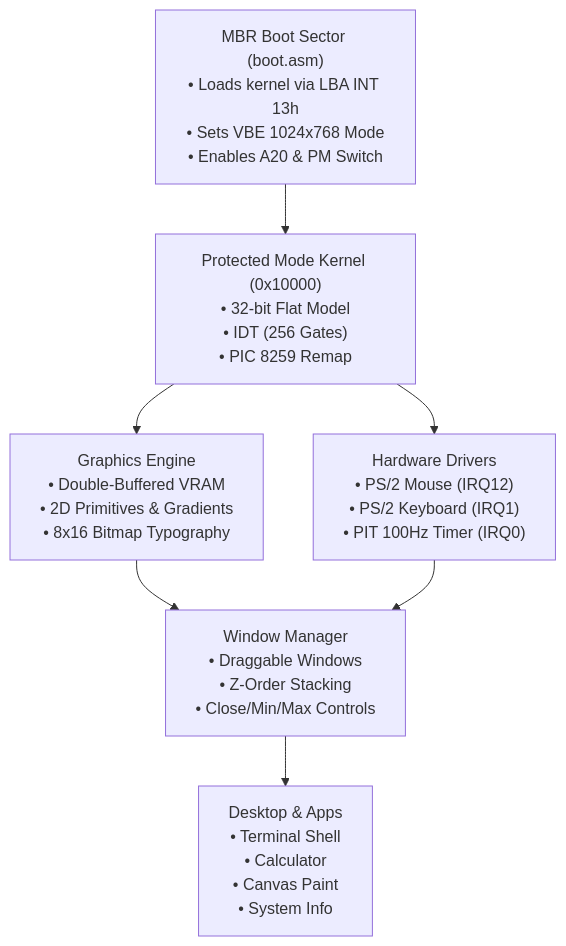
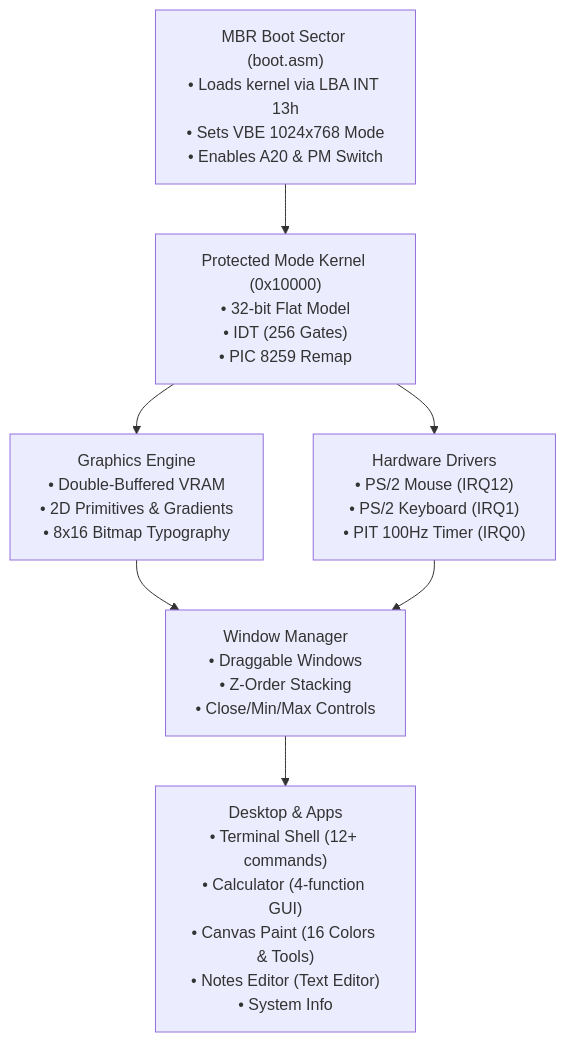
One commit to jaixmario/AURA-OS changed the diagram in README.md. Above: the diagram before and after it, drawn with Mermaid. The commit also changed other lines of this file and 14 other files, not shown here.

Commit message:
Fix Canvas Paint: Relocate canvas buffer to extended memory, add smooth Bresenham drawing, 16-color palette, brush tools, and add Notes Editor app

````diff
--- a/README.md
+++ b/README.md
@@ -70,16 +70,16 @@
 ```mermaid
 flowchart TD
     MBR["MBR Boot Sector (boot.asm)<br/>• Loads kernel via LBA INT 13h<br/>• Sets VBE 1024x768 Mode<br/>• Enables A20 & PM Switch"]
     KERNEL["Protected Mode Kernel (0x10000)<br/>• 32-bit Flat Model<br/>• IDT (256 Gates)<br/>• PIC 8259 Remap"]
     DRIVERS["Hardware Drivers<br/>• PS/2 Mouse (IRQ12)<br/>• PS/2 Keyboard (IRQ1)<br/>• PIT 100Hz Timer (IRQ0)"]
     GFX["Graphics Engine<br/>• Double-Buffered VRAM<br/>• 2D Primitives & Gradients<br/>• 8x16 Bitmap Typography"]
     WM["Window Manager<br/>• Draggable Windows<br/>• Z-Order Stacking<br/>• Close/Min/Max Controls"]
-    APPS["Desktop & Apps<br/>• Terminal Shell<br/>• Calculator<br/>• Canvas Paint<br/>• System Info"]
+    APPS["Desktop & Apps<br/>• Terminal Shell (12+ commands)<br/>• Calculator (4-function GUI)<br/>• Canvas Paint (16 Colors & Tools)<br/>• Notes Editor (Text Editor)<br/>• System Info"]
 
     MBR --> KERNEL
     KERNEL --> DRIVERS
     KERNEL --> GFX
     GFX --> WM
     DRIVERS --> WM
     WM --> APPS
 ```
````
